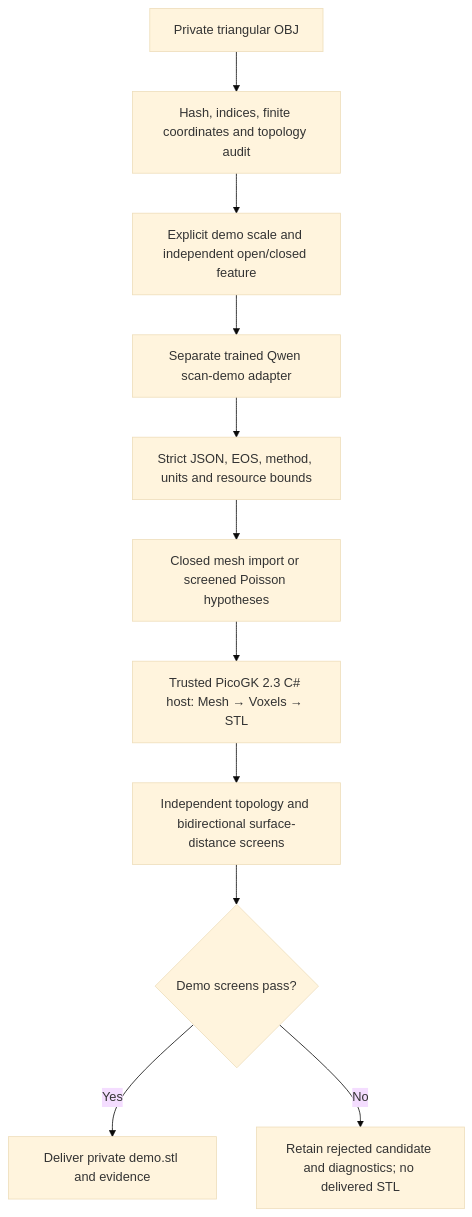
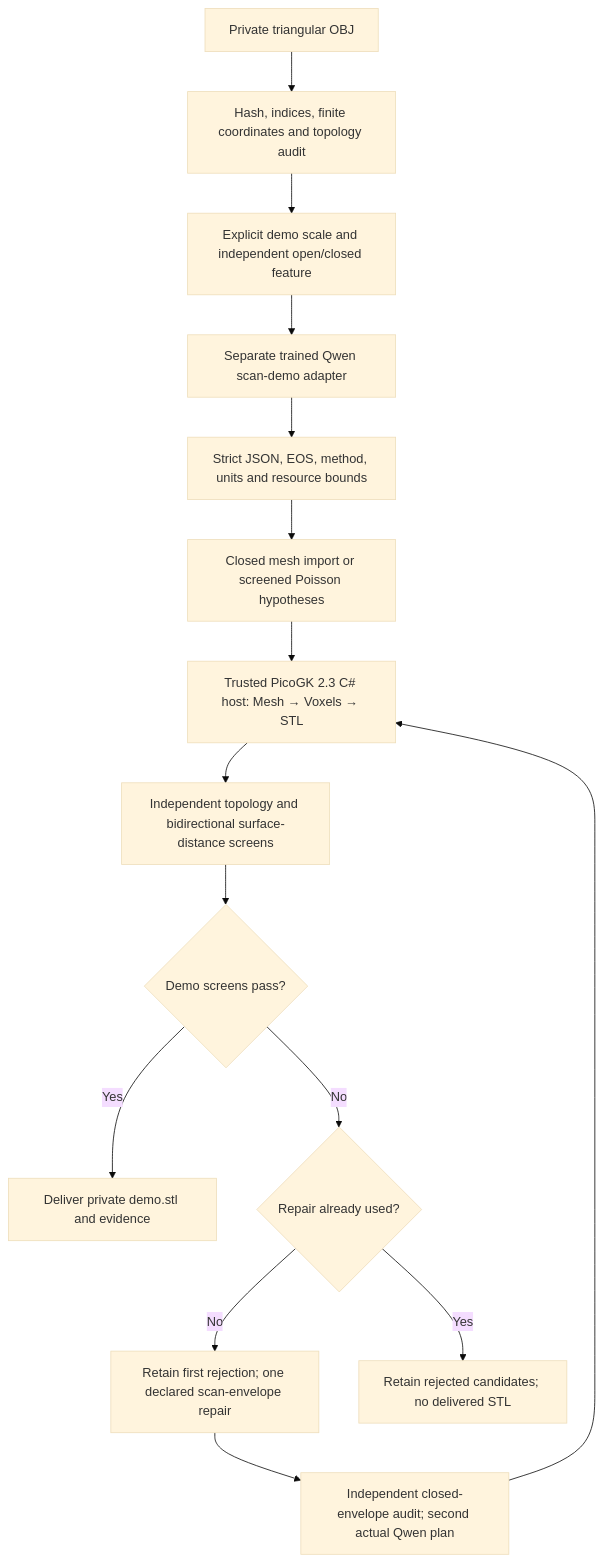
Before and after one commit to cluster2600/qwen-picogk: the diagram in docs/OBJ_TO_STL_DEMO.md, drawn with Mermaid (base theme). The commit also changed other lines of this file and 19 other files, not shown here.

Commit message:
Add bounded adaptive scan-envelope demo and preserve unregistered fragments

````diff
--- a/docs/OBJ_TO_STL_DEMO.md
+++ b/docs/OBJ_TO_STL_DEMO.md
@@ -10,13 +10,17 @@
 ```mermaid
 flowchart TD
     A["Private triangular OBJ"] --> B["Hash, indices, finite coordinates and topology audit"]
     B --> C["Explicit demo scale and independent open/closed feature"]
     C --> D["Separate trained Qwen scan-demo adapter"]
     D --> E["Strict JSON, EOS, method, units and resource bounds"]
     E --> F["Closed mesh import or screened Poisson hypotheses"]
     F --> G["Trusted PicoGK 2.3 C# host: Mesh → Voxels → STL"]
     G --> H["Independent topology and bidirectional surface-distance screens"]
     H --> I{"Demo screens pass?"}
     I -->|Yes| J["Deliver private demo.stl and evidence"]
-    I -->|No| K["Retain rejected candidate and diagnostics; no delivered STL"]
+    I -->|No| K{"Repair already used?"}
+    K -->|No| L["Retain first rejection; one declared scan-envelope repair"]
+    L --> M["Independent closed-envelope audit; second actual Qwen plan"]
+    M --> G
+    K -->|Yes| N["Retain rejected candidates; no delivered STL"]
 ```
````
